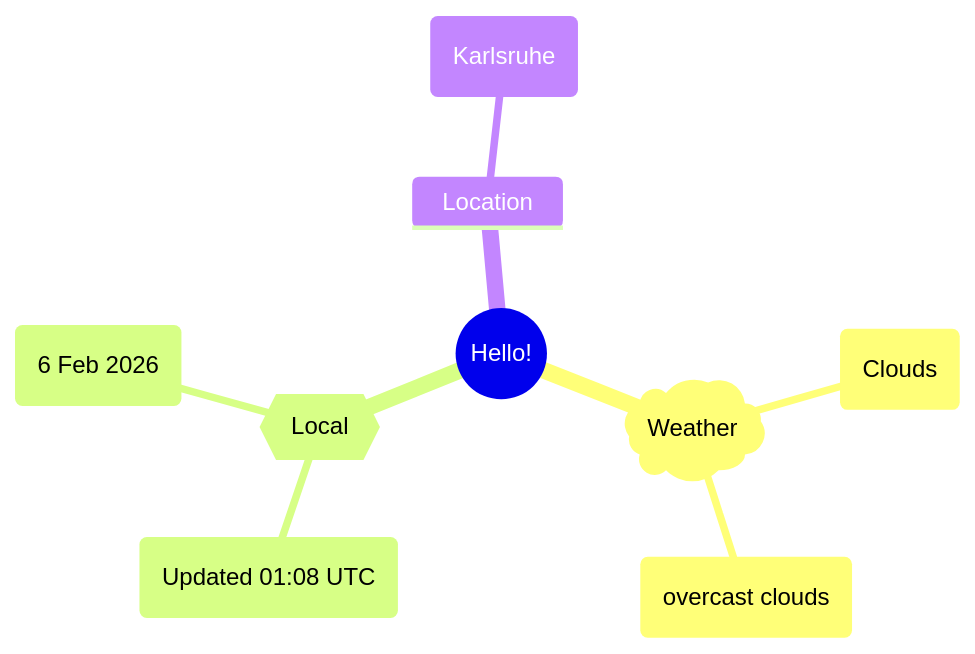
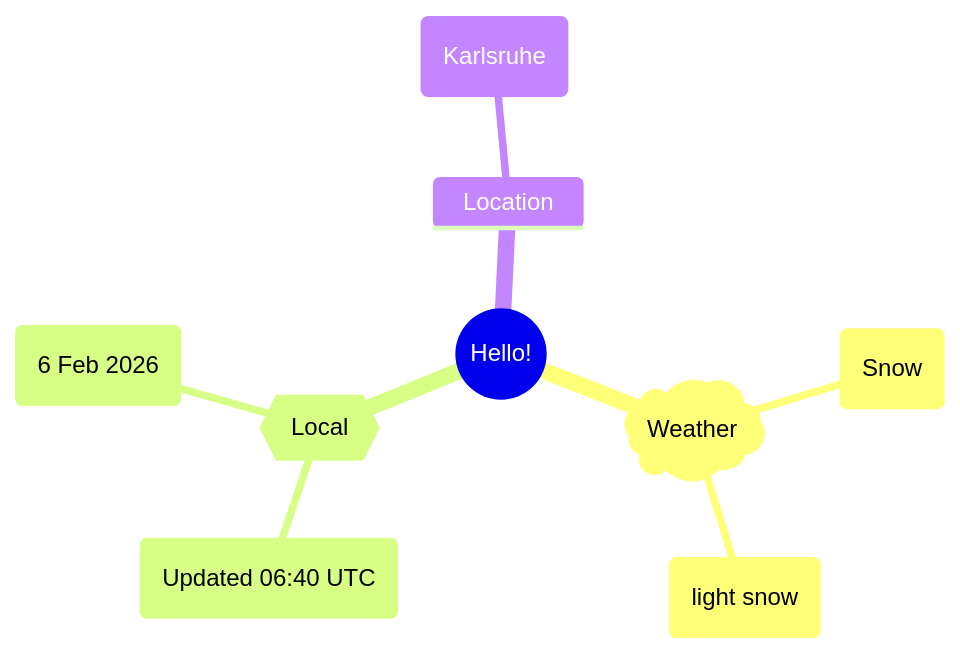
The first of 2 diagrams in README.md (Xosrov/Xosrov), drawn with Mermaid before and after one commit.

Commit message:
[bot] updated images

````diff
--- a/README.md
+++ b/README.md
@@ -3,12 +3,12 @@
 ```mermaid
 mindmap
   root((Hello!))
     )Weather(
-        (Clouds)
-        (overcast clouds)
+        (Snow)
+        (light snow)
     {{Local}}
-        (Updated 01:08 UTC)
+        (Updated 06:40 UTC)
         (6 Feb 2026)
     Location
         (Karlsruhe)
 ```
````
